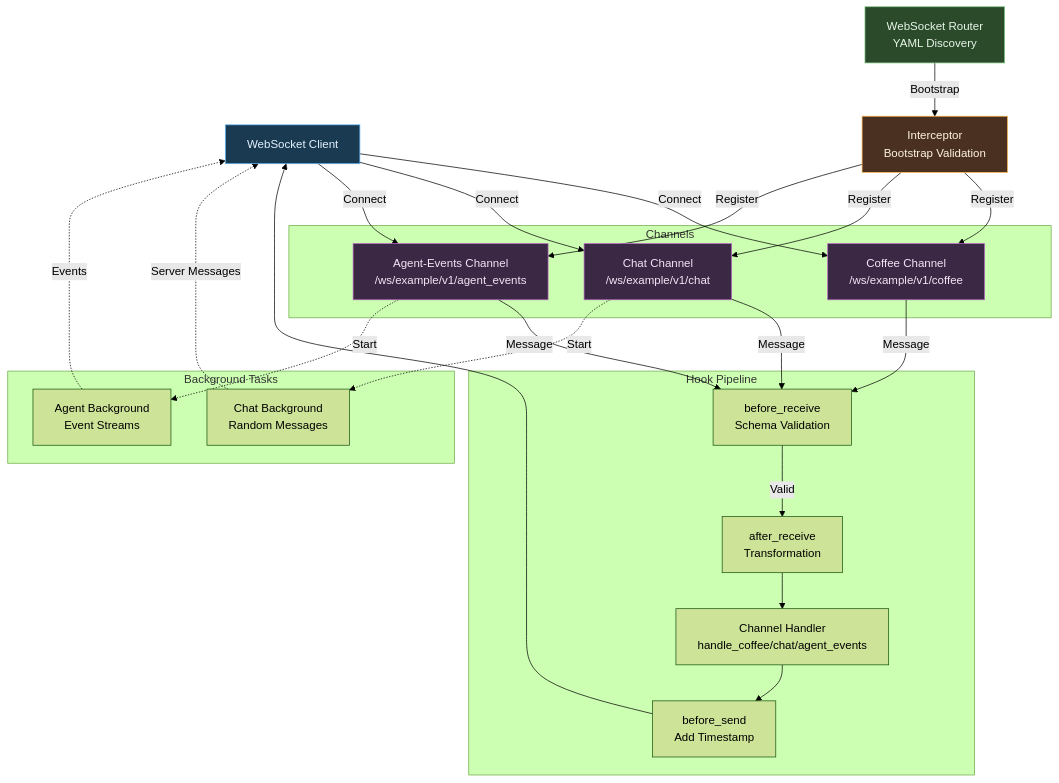
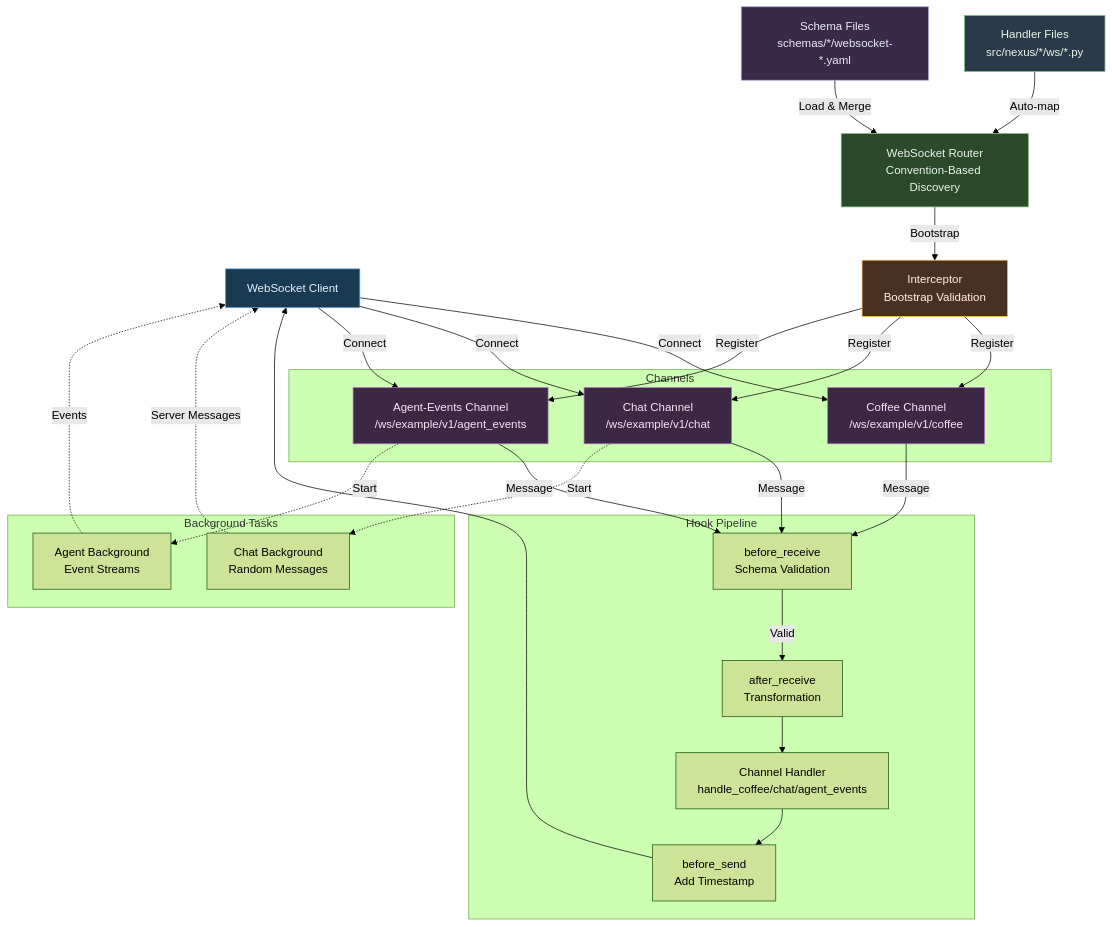
One commit to alinabuzachis/syntara changed the first of 4 diagrams in specs/007-websocket-router-and-patterns/presentation.md. Above: the diagram before and after it, drawn with Mermaid (forest theme). The commit also changed other lines of this file and 21 other files, not shown here.

First line of the commit message:
refactor(AAP-58895): WebSocket fixes and rework (#215)

````diff
--- a/specs/007-websocket-router-and-patterns/presentation.md
+++ b/specs/007-websocket-router-and-patterns/presentation.md
@@ -79,54 +106,60 @@
 ```mermaid
 graph TB
     Client[WebSocket Client]
-    Router[WebSocket Router<br/>YAML Discovery]
+    Handler[Handler Files<br/>src/nexus/*/ws/*.py]
+    Schema[Schema Files<br/>schemas/*/websocket-*.yaml]
+    Router[WebSocket Router<br/>Convention-Based Discovery]
     Interceptor[Interceptor<br/>Bootstrap Validation]
 
     subgraph Channels
         Coffee[Coffee Channel<br/>/ws/example/v1/coffee]
         Chat[Chat Channel<br/>/ws/example/v1/chat]
         Agent[Agent-Events Channel<br/>/ws/example/v1/agent_events]
     end
 
     subgraph "Hook Pipeline"
         BeforeRcv[before_receive<br/>Schema Validation]
         AfterRcv[after_receive<br/>Transformation]
-        Handler[Channel Handler<br/>handle_coffee/chat/agent_events]
+        HandlerFunc[Channel Handler<br/>handle_coffee/chat/agent_events]
         BeforeSend[before_send<br/>Add Timestamp]
     end
 
     subgraph "Background Tasks"
         ChatTask[Chat Background<br/>Random Messages]
         AgentTask[Agent Background<br/>Event Streams]
     end
 
+    Handler -->|Auto-map| Router
+    Schema -->|Load & Merge| Router
     Router -->|Bootstrap| Interceptor
     Interceptor -->|Register| Coffee
     Interceptor -->|Register| Chat
     Interceptor -->|Register| Agent
 
     Client -->|Connect| Coffee
     Client -->|Connect| Chat
     Client -->|Connect| Agent
 
     Coffee -->|Message| BeforeRcv
     Chat -->|Message| BeforeRcv
     Agent -->|Message| BeforeRcv
 
     BeforeRcv -->|Valid| AfterRcv
-    AfterRcv --> Handler
-    Handler --> BeforeSend
+    AfterRcv --> HandlerFunc
+    HandlerFunc --> BeforeSend
     BeforeSend --> Client
 
     Chat -.Start.-> ChatTask
     Agent -.Start.-> AgentTask
     ChatTask -.Server Messages.-> Client
     AgentTask -.Events.-> Client
 
     style Client fill:#1a3a52,stroke:#64b5f6,color:#e3f2fd
+    style Handler fill:#2a3a4a,stroke:#81c784,color:#e8f5e9
+    style Schema fill:#3a2a4a,stroke:#9fa8da,color:#e8eaf6
     style Router fill:#2a4a2a,stroke:#81c784,color:#e8f5e9
     style Interceptor fill:#4a3020,stroke:#ffb74d,color:#fff3e0
     style Coffee fill:#3a2845,stroke:#ba68c8,color:#f3e5f5
     style Chat fill:#3a2845,stroke:#ba68c8,color:#f3e5f5
     style Agent fill:#3a2845,stroke:#ba68c8,color:#f3e5f5
 ```
````
